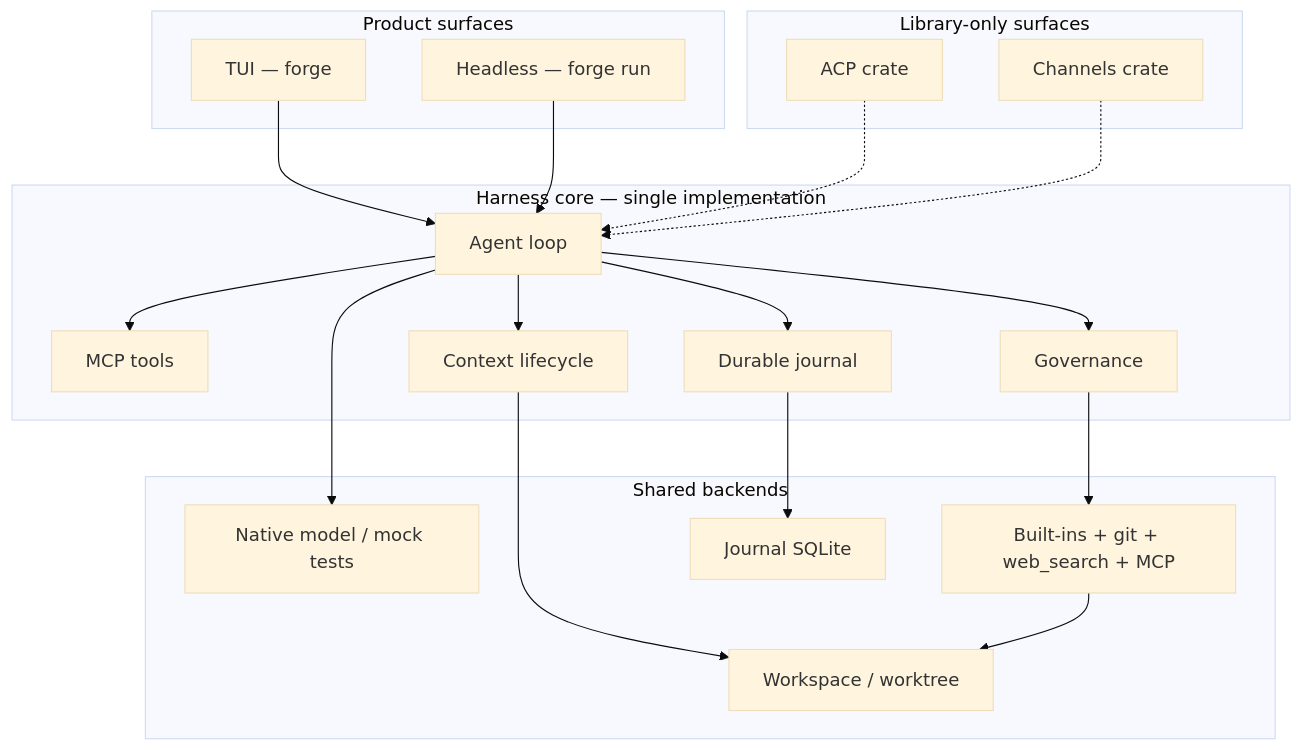
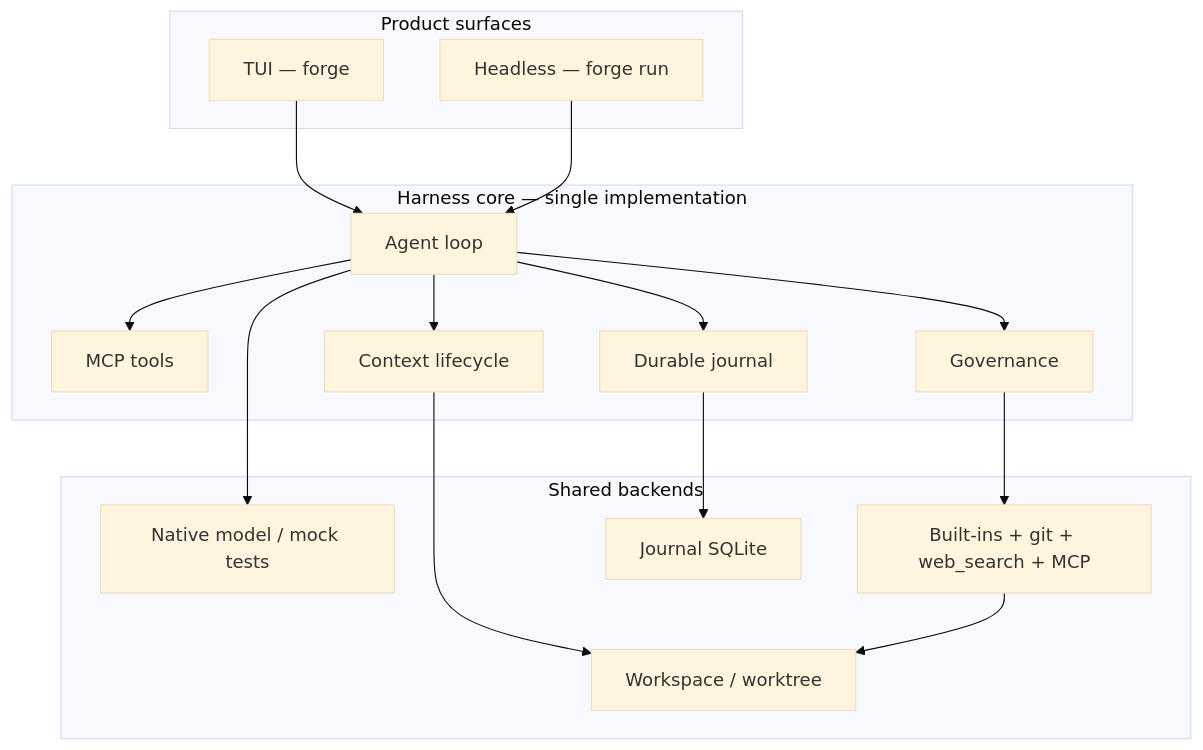
Before and after one commit to NorviaLabs/forge: diagram 12 of 14 in docs/architecture.md, drawn with Mermaid (base theme). The commit also changed other lines of this file and 30 other files, not shown here.

Commit message:
Remove ACP, channels, fleet, and speech-to-text features

````diff
--- a/docs/architecture.md
+++ b/docs/architecture.md
@@ -651,42 +613,34 @@
 ```mermaid
 flowchart TB
   subgraph product["Product surfaces"]
     TUI["TUI — forge"]
     HD["Headless — forge run"]
-  end
-
-  subgraph library["Library-only surfaces"]
-    ACP[ACP crate]
-    CH[Channels crate]
   end
 
   subgraph harness["Harness core — single implementation"]
     LOOP[Agent loop]
     MCP[MCP tools]
     CTX[Context lifecycle]
     DUR[Durable journal]
     GOV[Governance]
   end
 
   subgraph shared["Shared backends"]
     M[Native model / mock tests]
     TOOLS[Built-ins + git + web_search + MCP]
     J[Journal SQLite]
     WS[Workspace / worktree]
   end
 
   TUI --> LOOP
   HD --> LOOP
-  ACP -.-> LOOP
-  CH -.-> LOOP
-
   LOOP --> CTX
   LOOP --> DUR
   LOOP --> GOV
   LOOP --> M
   LOOP --> MCP
   GOV --> TOOLS
   DUR --> J
   CTX --> WS
   TOOLS --> WS
 ```
````
